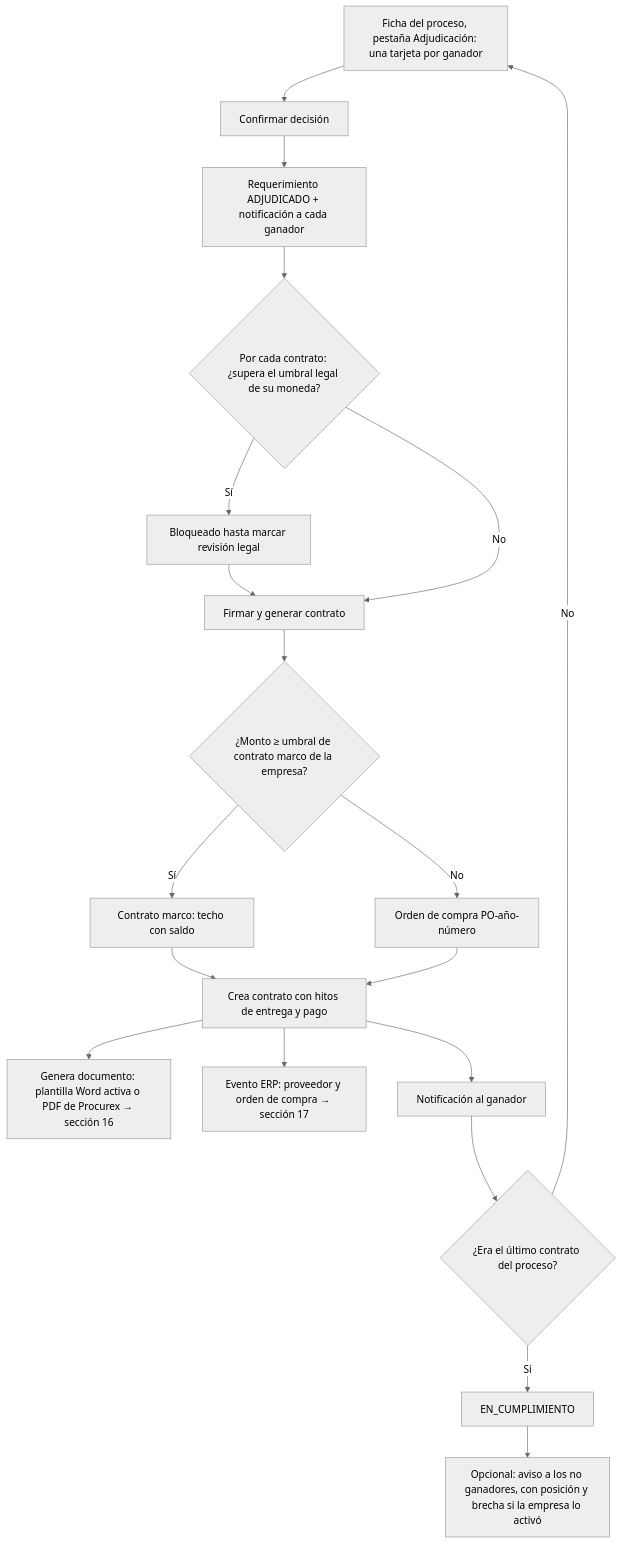
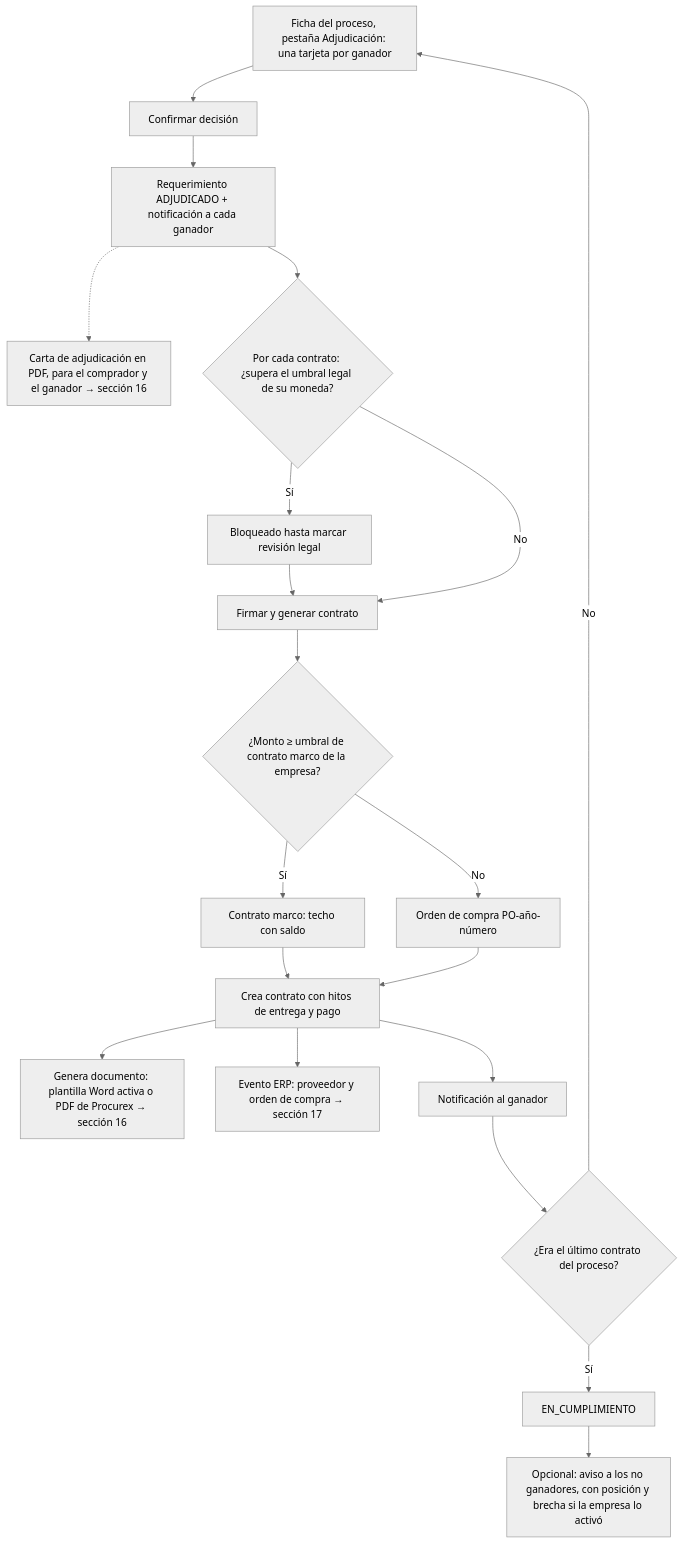
Diagram 18 of 34 in docs/DIAGRAMAS-FLUJO.md (johnalecc21/bolt_pro), drawn with Mermaid (neutral theme) before and after one commit. The commit also changed other lines of this file and 1 other file, not shown here.

First line of the commit message:
Docs: carta de adjudicación, menú colapsable, logins y loader en el flujo y los diagramas

````diff
--- a/docs/DIAGRAMAS-FLUJO.md
+++ b/docs/DIAGRAMAS-FLUJO.md
@@ -449,19 +449,20 @@
 ```mermaid
 flowchart TD
     A["Ficha del proceso, pestaña Adjudicación: una tarjeta por ganador"] --> B["Confirmar decisión"]
     B --> C["Requerimiento ADJUDICADO + notificación a cada ganador"]
+    C -.-> CA["Carta de adjudicación en PDF, para el comprador y el ganador → sección 16"]
     C --> D{"Por cada contrato: ¿supera el umbral legal de su moneda?"}
     D -->|"Sí"| E["Bloqueado hasta marcar revisión legal"] --> F
     D -->|"No"| F["Firmar y generar contrato"]
     F --> G{"¿Monto ≥ umbral de contrato marco de la empresa?"}
     G -->|"Sí"| H["Contrato marco: techo con saldo"]
     G -->|"No"| I["Orden de compra PO-año-número"]
     H & I --> J["Crea contrato con hitos de entrega y pago"]
     J --> K["Genera documento: plantilla Word activa o PDF de Procurex → sección 16"]
     J --> L["Evento ERP: proveedor y orden de compra → sección 17"]
     J --> M["Notificación al ganador"]
     M --> N{"¿Era el último contrato del proceso?"}
     N -->|"No"| A
     N -->|"Sí"| O["EN_CUMPLIMIENTO"]
     O --> P["Opcional: aviso a los no ganadores, con posición y brecha si la empresa lo activó"]
 ```
````
